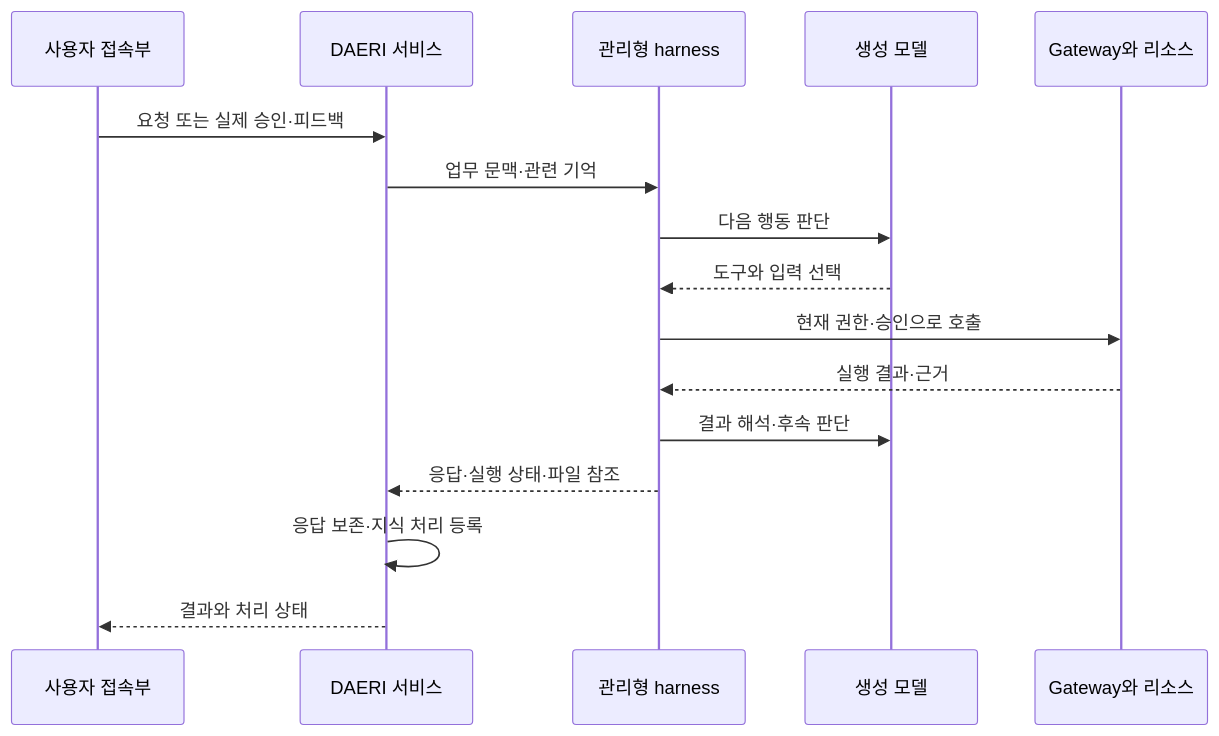
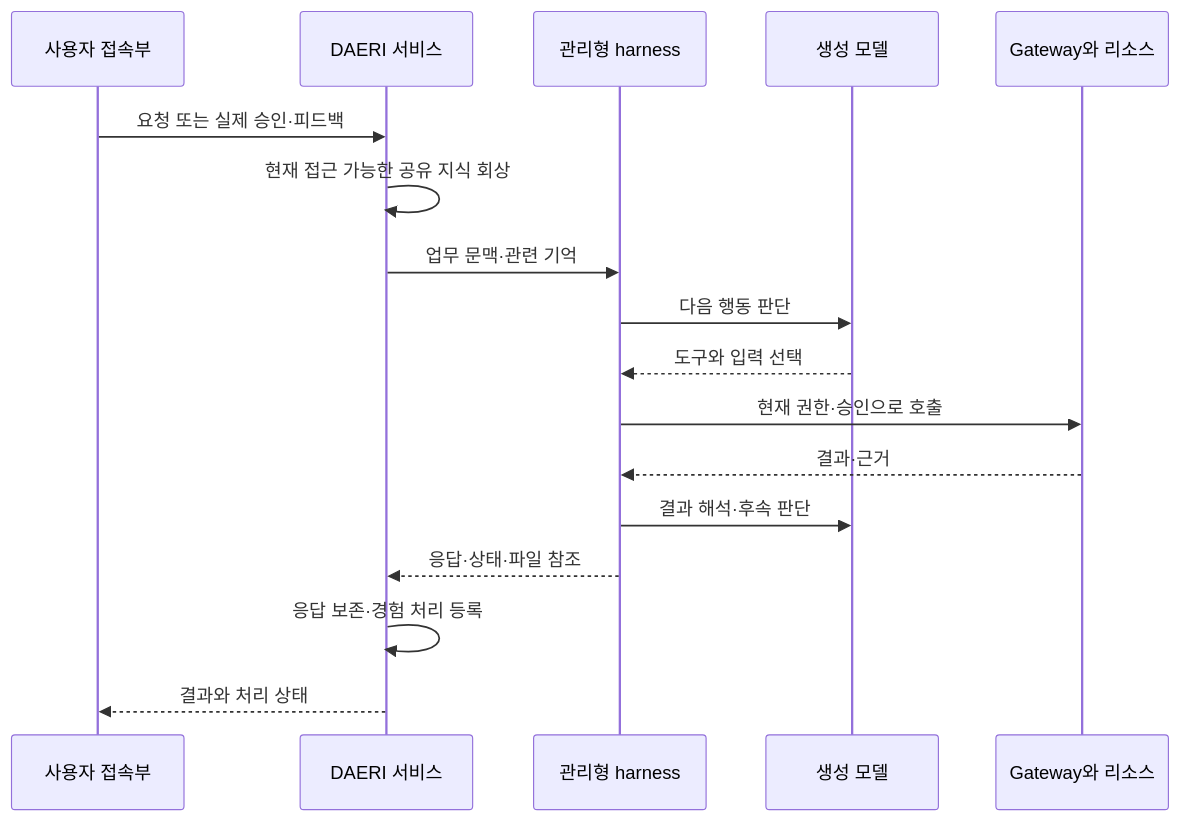
Before and after one commit to VVoodyHong/DAERI: the diagram in docs/architecture/overview.md, drawn with Mermaid. The commit also changed other lines of this file and 170 other files, not shown here.

````diff
--- a/docs/architecture/overview.md
+++ b/docs/architecture/overview.md
@@ -55,18 +30,19 @@
 ```mermaid
 sequenceDiagram
     participant Client as 사용자 접속부
     participant DAERI as DAERI 서비스
     participant Harness as 관리형 harness
     participant Model as 생성 모델
     participant Gateway as Gateway와 리소스
     Client->>DAERI: 요청 또는 실제 승인·피드백
+    DAERI->>DAERI: 현재 접근 가능한 공유 지식 회상
     DAERI->>Harness: 업무 문맥·관련 기억
     Harness->>Model: 다음 행동 판단
     Model-->>Harness: 도구와 입력 선택
     Harness->>Gateway: 현재 권한·승인으로 호출
-    Gateway-->>Harness: 실행 결과·근거
+    Gateway-->>Harness: 결과·근거
     Harness->>Model: 결과 해석·후속 판단
-    Harness-->>DAERI: 응답·실행 상태·파일 참조
-    DAERI->>DAERI: 응답 보존·지식 처리 등록
+    Harness-->>DAERI: 응답·상태·파일 참조
+    DAERI->>DAERI: 응답 보존·경험 처리 등록
     DAERI-->>Client: 결과와 처리 상태
 ```
````
